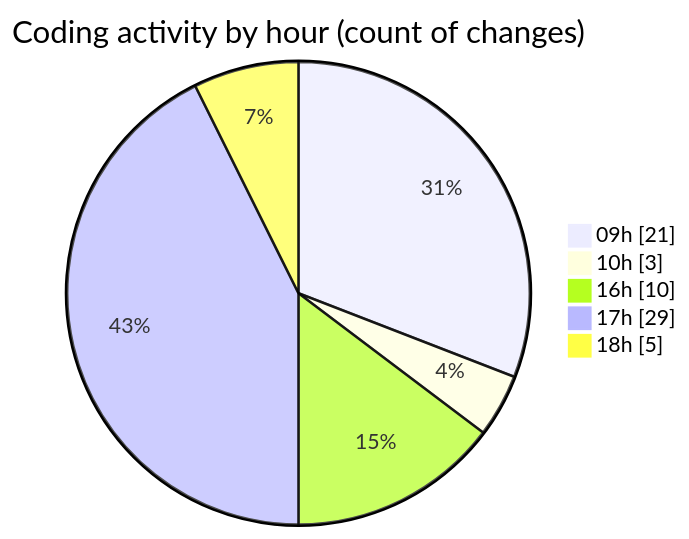
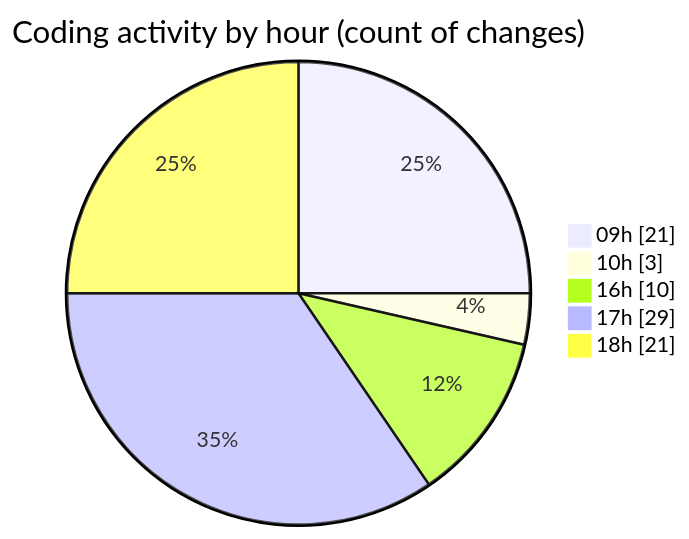
Before and after one commit to momahboobian/code-tracking: the second of 2 diagrams in 2025-12-17/cda/README.md, drawn with Mermaid. The commit also changed other lines of this file and 1 other file, not shown here.

````diff
--- a/2025-12-17/cda/README.md
+++ b/2025-12-17/cda/README.md
@@ -56,9 +56,9 @@
 ```mermaid
 pie showData
 title Coding activity by hour (count of changes)
 "09h" : 21
 "10h" : 3
 "16h" : 10
 "17h" : 29
-"18h" : 5
+"18h" : 21
 ```
````
